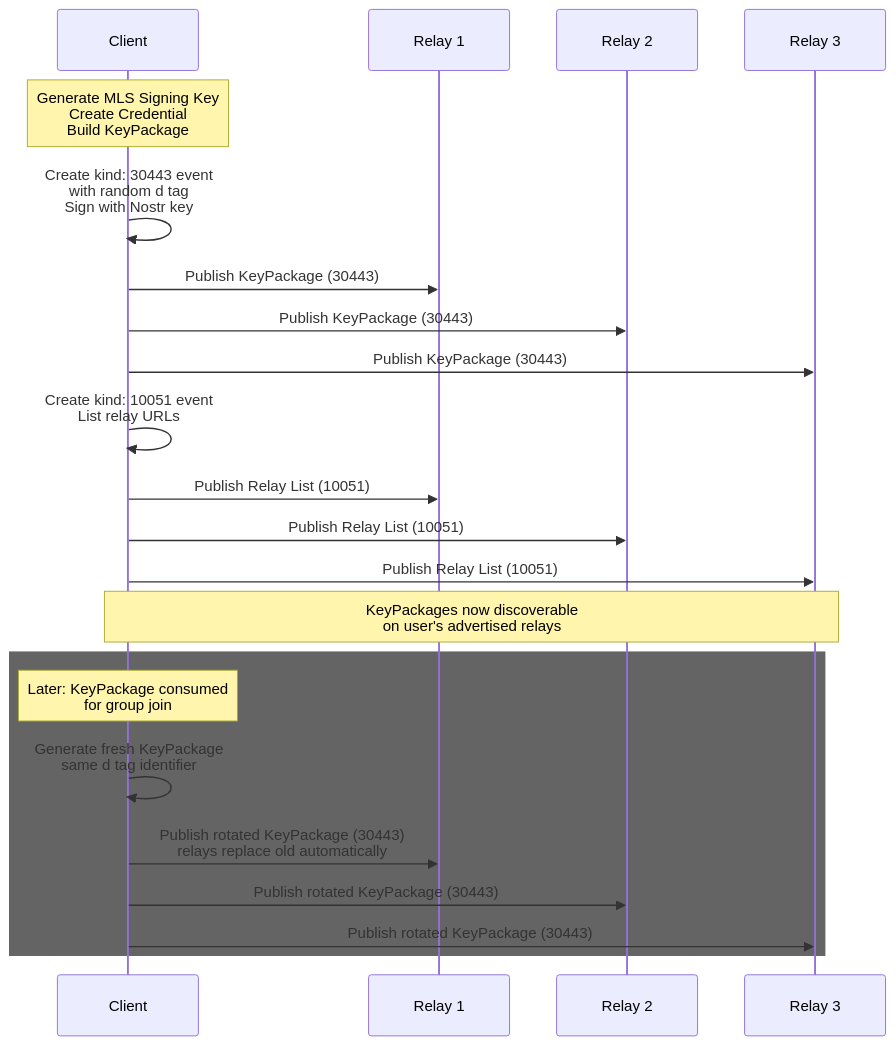
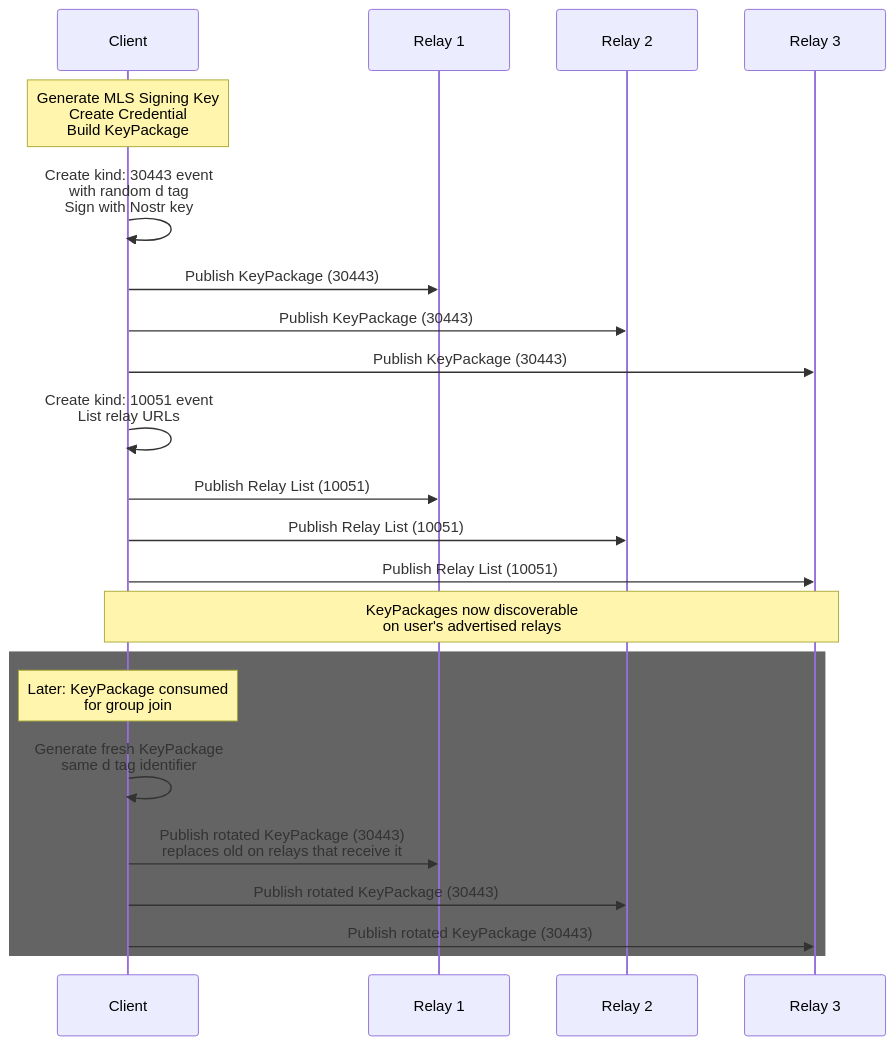
Before and after one commit to hzrd149/marmot: the first of 10 diagrams in data_flows.md, drawn with Mermaid. The commit also changed other lines of this file and 2 other files, not shown here.

Commit message:
fix: resolve migration story split across 00.md, 02.md, and data_flows.md
- 00.md: downgrade Publishing MUST-level cutover language to SHOULD and
  remove the dated prohibition inline; defer all rollout authority to
  docs/migrations/2026-05-01-kind-30443-cutover.md so the spec stays
  timeless (P2)

- 02.md: make Welcome e tag and post-join KeyPackage rotation steps
  compatible with legacy kind:443 KeyPackages — e tag now explicitly
  allows kind:443 during an active migration window; rotation step forks
  on what was consumed (same d tag for kind:30443, fresh random d for
  kind:443) in both the processing list and the summary (P1)

- data_flows.md: weaken 'relays replace old automatically' to
  'replaces old on relays that receive it' in the Mermaid label and the
  Data Flow prose; add the relay-local caveat matching 00.md's
  KeyPackage Lifecycle Management section (P2)

````diff
--- a/data_flows.md
+++ b/data_flows.md
@@ -58,32 +58,32 @@
 ```mermaid
 sequenceDiagram
     participant C as Client
     participant R1 as Relay 1
     participant R2 as Relay 2
     participant R3 as Relay 3
 
     Note over C: Generate MLS Signing Key<br/>Create Credential<br/>Build KeyPackage
 
     C->>C: Create kind: 30443 event<br/>with random d tag<br/>Sign with Nostr key
 
     C->>R1: Publish KeyPackage (30443)
     C->>R2: Publish KeyPackage (30443)
     C->>R3: Publish KeyPackage (30443)
 
 
     C->>C: Create kind: 10051 event<br/>List relay URLs
 
     C->>R1: Publish Relay List (10051)
     C->>R2: Publish Relay List (10051)
     C->>R3: Publish Relay List (10051)
 
     Note over C,R3: KeyPackages now discoverable<br/>on user's advertised relays
 
     rect rgb(100, 100, 100)
         Note over C: Later: KeyPackage consumed<br/>for group join
         C->>C: Generate fresh KeyPackage<br/>same d tag identifier
-        C->>R1: Publish rotated KeyPackage (30443)<br/>relays replace old automatically
+        C->>R1: Publish rotated KeyPackage (30443)<br/>replaces old on relays that receive it
         C->>R2: Publish rotated KeyPackage (30443)
         C->>R3: Publish rotated KeyPackage (30443)
     end
 ```
````
